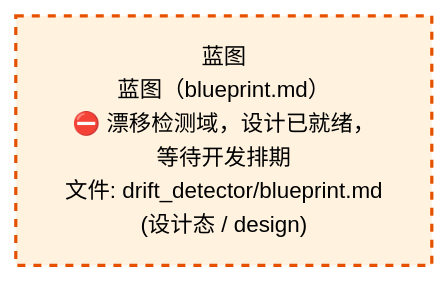
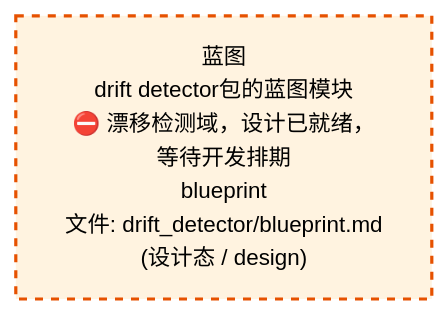
One commit to xuanFelixVan/ZephyrAlpha changed the third of 4 diagrams in docs/02_enterprise_architecture/02_domain_architecture_docs/52_d_gov_drift.md. Above: the diagram before and after it, drawn with Mermaid. The commit also changed other lines of this file and 58 other files, not shown here.

````diff
--- a/docs/02_enterprise_architecture/02_domain_architecture_docs/52_d_gov_drift.md
+++ b/docs/02_enterprise_architecture/02_domain_architecture_docs/52_d_gov_drift.md
@@ -457,10 +457,10 @@
 ```mermaid
 %%{init: {'theme': 'base', 'themeVariables': {'primaryColor': '#eaeaea', 'primaryTextColor': '#333333', 'primaryBorderColor': '#666666', 'lineColor': '#666666', 'secondaryColor': '#eaeaea', 'tertiaryColor': '#eaeaea', 'fontSize': '14px'}}}%%
 flowchart TD
-    docs_03_modules_domain_governance_drift_detector_blueprint_md["蓝图<br/>蓝图（blueprint.md）<br/>⛔ 漂移检测域，设计已就绪，等待开发排期<br/>文件: drift_detector/blueprint.md<br/>(设计态 / design)"]
+    docs_03_modules_domain_governance_drift_detector_blueprint_md["蓝图<br/>drift detector包的蓝图模块<br/>⛔ 漂移检测域，设计已就绪，等待开发排期<br/>blueprint<br/>文件: drift_detector/blueprint.md<br/>(设计态 / design)"]
     classDef production fill:#e1f5fe,stroke:#01579b,stroke-width:2px,color:#000
     classDef design fill:#fff3e0,stroke:#e65100,stroke-width:2px,color:#000,stroke-dasharray: 5 5
     classDef external_prod fill:#e8f4fd,stroke:#0277bd,stroke-width:1px,color:#000
     classDef external_design fill:#fff8e7,stroke:#ef6c00,stroke-width:1px,color:#000,stroke-dasharray: 5 5
     class docs_03_modules_domain_governance_drift_detector_blueprint_md design
 ```
````
